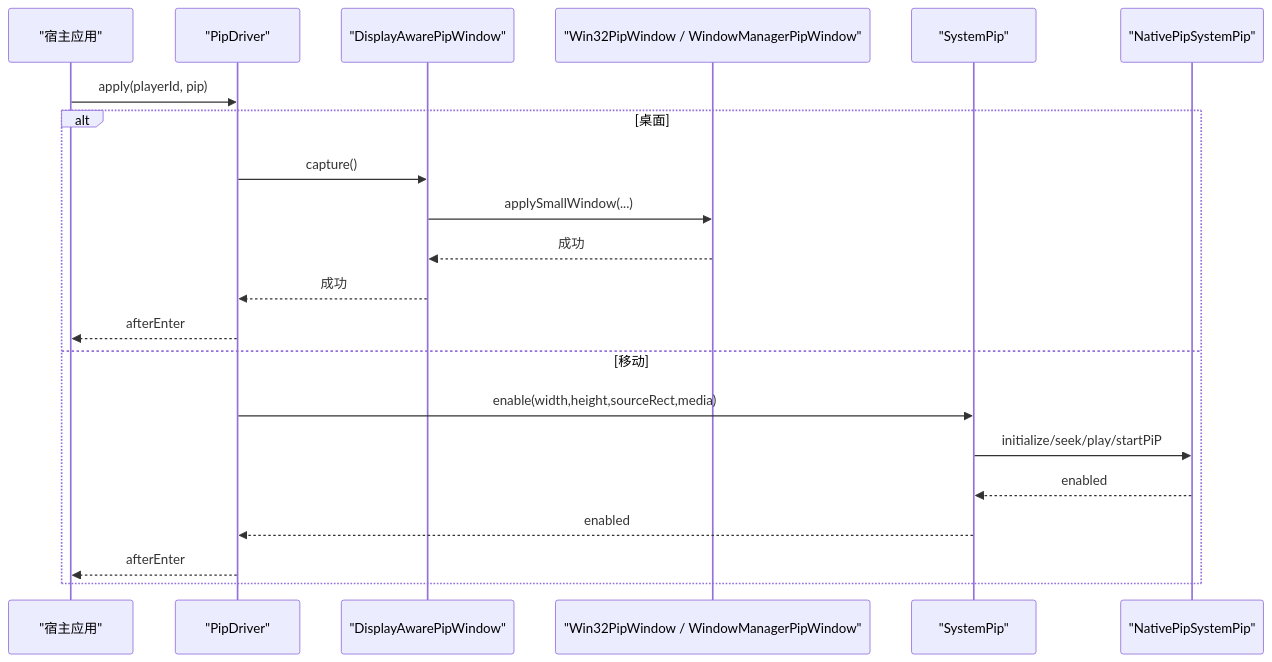
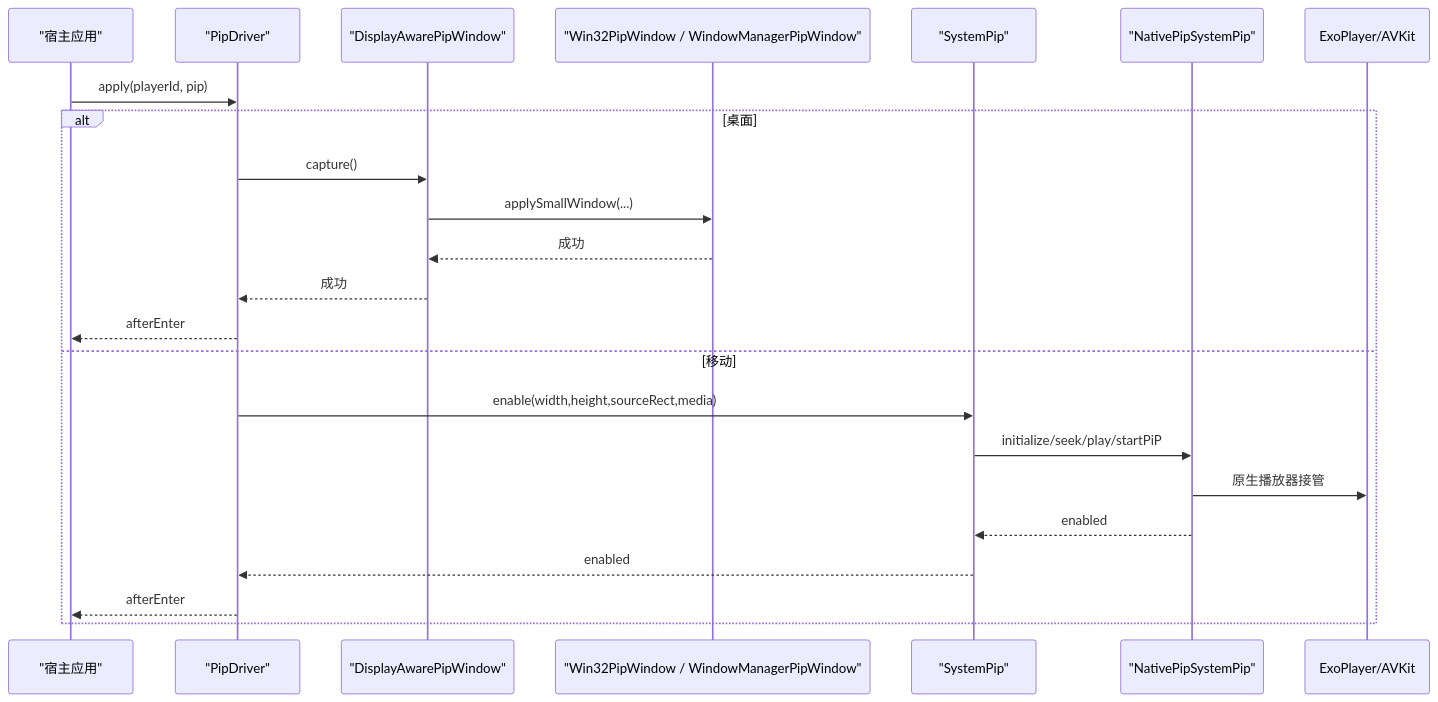
The second of 7 diagrams in .qoder/repowiki/zh/content/系统集成/桌面特性支持/画中画模式.md (SSSherlocked/media_core), drawn with Mermaid before and after one commit. The commit also changed other lines of this file and 6 other files, not shown here.

````diff
--- a/.qoder/repowiki/zh/content/系统集成/桌面特性支持/画中画模式.md
+++ b/.qoder/repowiki/zh/content/系统集成/桌面特性支持/画中画模式.md
@@ -93,23 +105,24 @@
 ```mermaid
 sequenceDiagram
 participant App as "宿主应用"
 participant Driver as "PipDriver"
 participant Desktop as "DisplayAwarePipWindow"
 participant Backend as "Win32PipWindow / WindowManagerPipWindow"
 participant Sys as "SystemPip"
 participant Native as "NativePipSystemPip"
 App->>Driver : apply(playerId, pip)
 alt 桌面
 Driver->>Desktop : capture()
 Desktop->>Backend : applySmallWindow(...)
 Backend-->>Desktop : 成功
 Desktop-->>Driver : 成功
 Driver-->>App : afterEnter
 else 移动
 Driver->>Sys : enable(width,height,sourceRect,media)
 Sys->>Native : initialize/seek/play/startPiP
+Native->>ExoPlayer/AVKit : 原生播放器接管
 Native-->>Sys : enabled
 Sys-->>Driver : enabled
 Driver-->>App : afterEnter
 end
 ```
````
